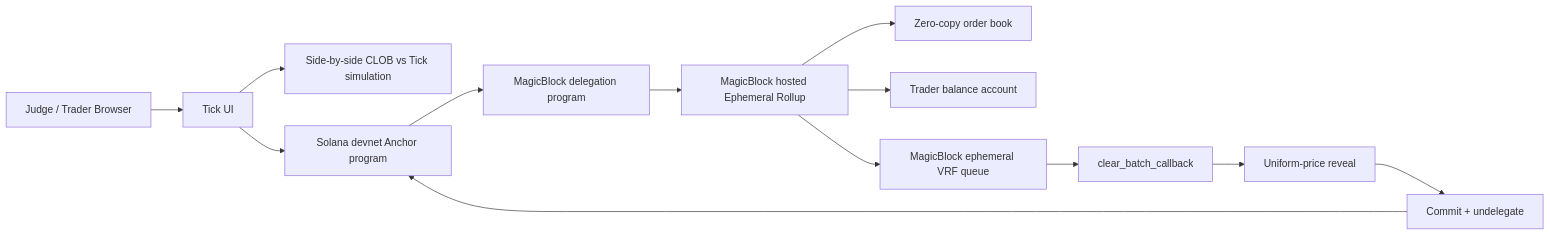
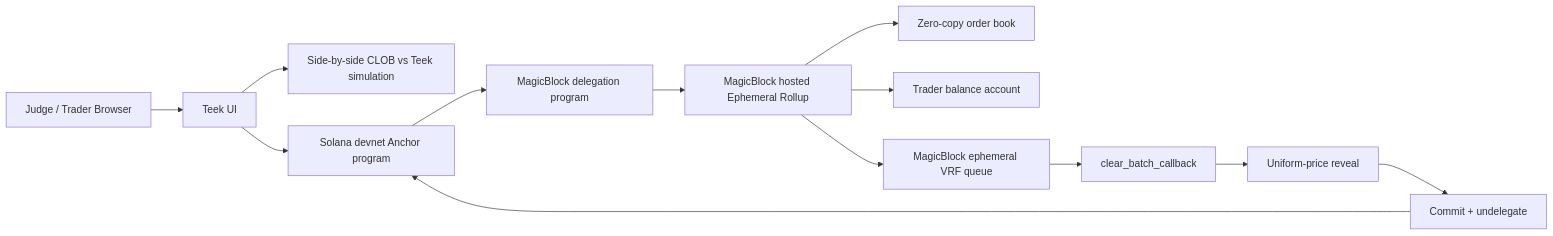
Before and after one commit to IamHarrie-Labs/teek: the diagram in tick/submission/ARCHITECTURE.md, drawn with Mermaid. The commit also changed other lines of this file and 17 other files, not shown here.

````diff
--- a/tick/submission/ARCHITECTURE.md
+++ b/tick/submission/ARCHITECTURE.md
@@ -3,15 +3,15 @@
 ```mermaid
 flowchart LR
-  User[Judge / Trader Browser] --> UI[Tick UI]
-  UI --> Sim[Side-by-side CLOB vs Tick simulation]
+  User[Judge / Trader Browser] --> UI[Teek UI]
+  UI --> Sim[Side-by-side CLOB vs Teek simulation]
   UI --> Base[Solana devnet Anchor program]
   Base --> Delegate[MagicBlock delegation program]
   Delegate --> ER[MagicBlock hosted Ephemeral Rollup]
   ER --> Book[Zero-copy order book]
   ER --> Trader[Trader balance account]
   ER --> VRF[MagicBlock ephemeral VRF queue]
   VRF --> Callback[clear_batch_callback]
   Callback --> Reveal[Uniform-price reveal]
   Reveal --> Commit[Commit + undelegate]
   Commit --> Base
 ```
````
